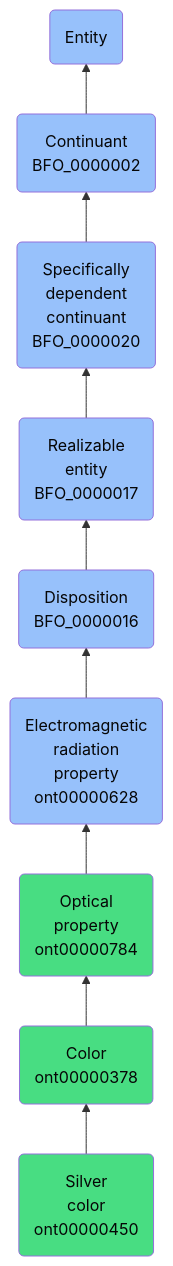
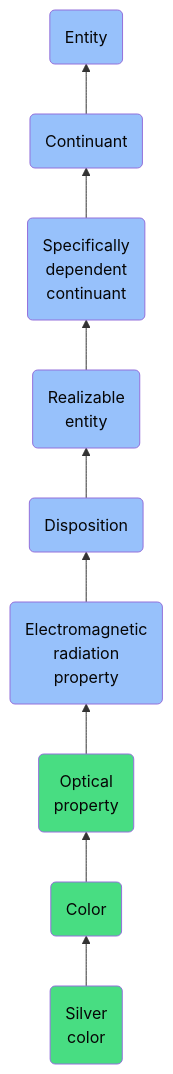
The diagram in docs/ontology/reference/model/Entity/Continuant/Specifically dependent continuant/Realizable entity/Disposition/Electromagnetic radiation property/Optical property/Color/Silver color/Silver color.md (jupyter-naas/abi), drawn with Mermaid before and after one commit. The commit also changed other lines of this file and 1430 other files, not shown here.

````diff
--- a/docs/ontology/reference/model/Entity/Continuant/Specifically dependent continuant/Realizable entity/Disposition/Electromagnetic radiation property/Optical property/Color/Silver color/Silver color.md
+++ b/docs/ontology/reference/model/Entity/Continuant/Specifically dependent continuant/Realizable entity/Disposition/Electromagnetic radiation property/Optical property/Color/Silver color/Silver color.md
@@ -24,16 +24,16 @@
 ```mermaid
 graph BT
-    ont00000450(Silver<br>color<br>ont00000450):::ABI-->ont00000378
-    ont00000378(Color<br>ont00000378):::ABI-->ont00000784
-    ont00000784(Optical<br>property<br>ont00000784):::ABI-->ont00000628
-    ont00000628(Electromagnetic<br>radiation<br>property<br>ont00000628):::BFO-->BFO_0000016
-    BFO_0000016(Disposition<br>BFO_0000016):::BFO-->BFO_0000017
-    BFO_0000017(Realizable<br>entity<br>BFO_0000017):::BFO-->BFO_0000020
-    BFO_0000020(Specifically<br>dependent<br>continuant<br>BFO_0000020):::BFO-->BFO_0000002
-    BFO_0000002(Continuant<br>BFO_0000002):::BFO-->BFO_0000001
+    ont00000450(Silver<br>color):::ABI-->ont00000378
+    ont00000378(Color):::ABI-->ont00000784
+    ont00000784(Optical<br>property):::ABI-->ont00000628
+    ont00000628(Electromagnetic<br>radiation<br>property):::BFO-->BFO_0000016
+    BFO_0000016(Disposition):::BFO-->BFO_0000017
+    BFO_0000017(Realizable<br>entity):::BFO-->BFO_0000020
+    BFO_0000020(Specifically<br>dependent<br>continuant):::BFO-->BFO_0000002
+    BFO_0000002(Continuant):::BFO-->BFO_0000001
     BFO_0000001(Entity):::BFO
     
     classDef BFO fill:#97c1fb,color:#060606
     classDef CCO fill:#e4c51e,color:#060606
     classDef ABI fill:#48DD82,color:#060606
 ```
````
